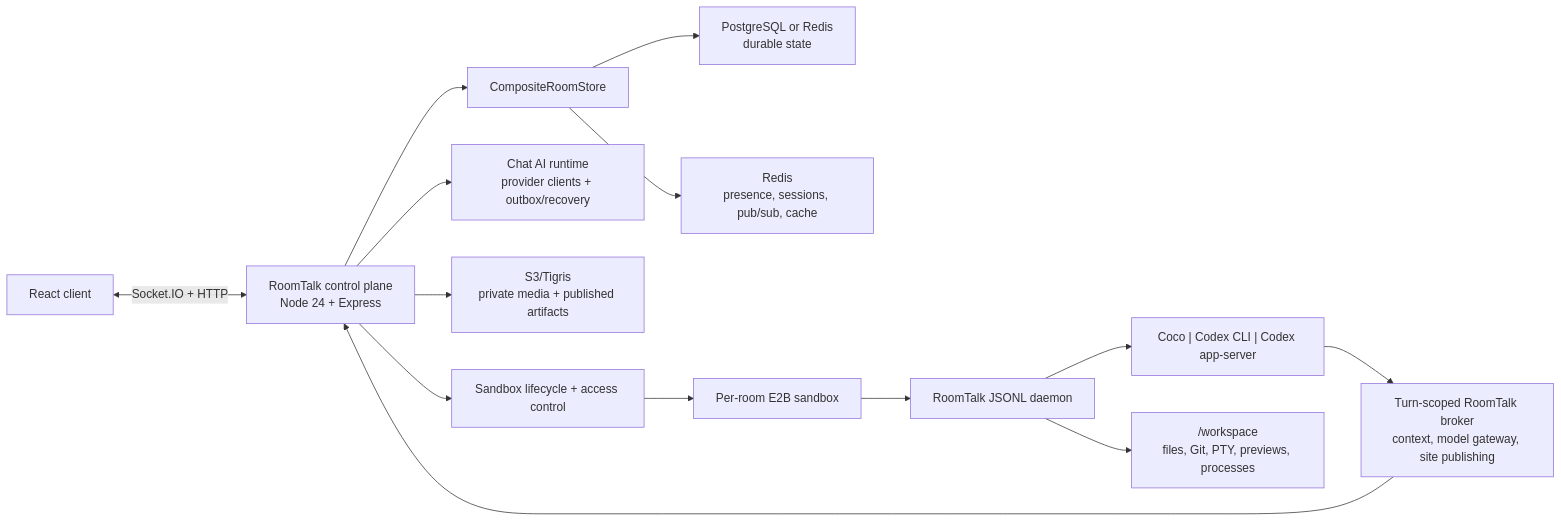
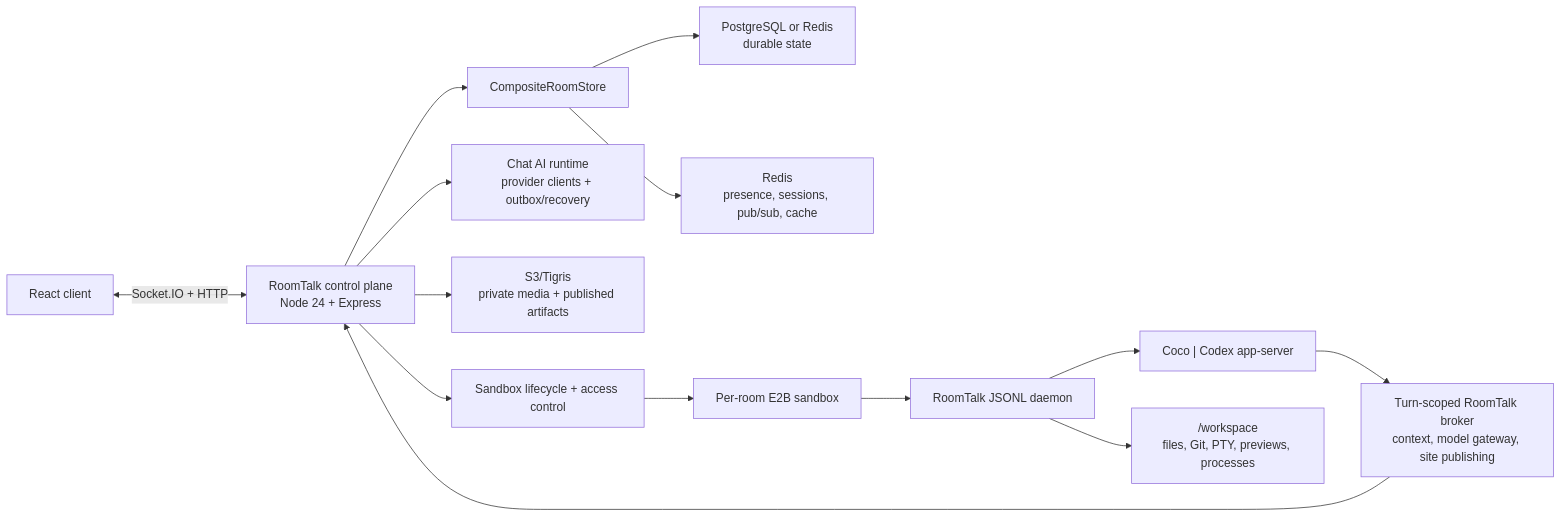
Before and after one commit to Skymore/roomtalk: the diagram in README.md, drawn with Mermaid. The commit also changed other lines of this file and 1 other file, not shown here.

````diff
--- a/README.md
+++ b/README.md
@@ -38,20 +54,20 @@
 ```mermaid
 flowchart LR
   Browser["React client"] <-->|"Socket.IO + HTTP"| Control["RoomTalk control plane\nNode 24 + Express"]
 
   Control --> Store["CompositeRoomStore"]
   Store --> Durable["PostgreSQL or Redis\ndurable state"]
   Store --> Realtime["Redis\npresence, sessions, pub/sub, cache"]
 
   Control --> ChatAI["Chat AI runtime\nprovider clients + outbox/recovery"]
   Control --> Media["S3/Tigris\nprivate media + published artifacts"]
 
   Control --> Lifecycle["Sandbox lifecycle + access control"]
   Lifecycle --> E2B["Per-room E2B sandbox"]
   E2B --> Daemon["RoomTalk JSONL daemon"]
-  Daemon --> Backends["Coco | Codex CLI | Codex app-server"]
+  Daemon --> Backends["Coco | Codex app-server"]
   Daemon --> Workspace["/workspace\nfiles, Git, PTY, previews, processes"]
 
   Backends --> Broker["Turn-scoped RoomTalk broker\ncontext, model gateway, site publishing"]
   Broker --> Control
 ```
````
